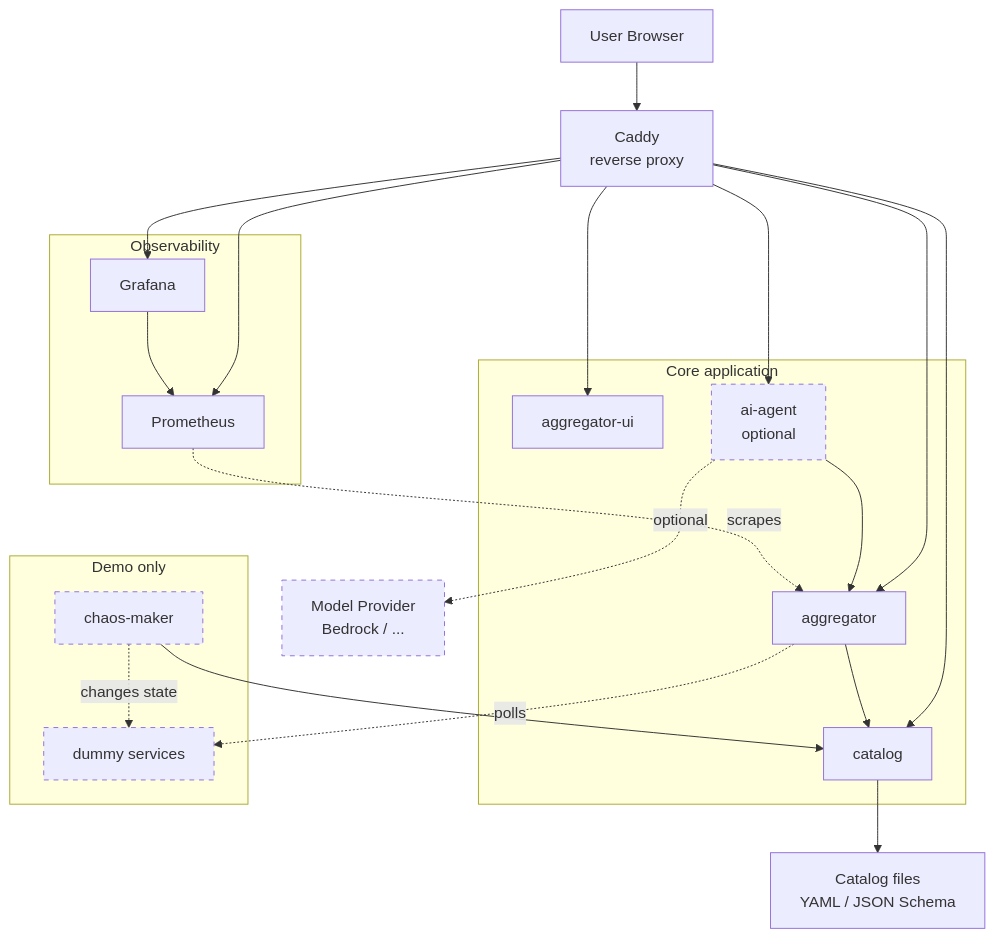
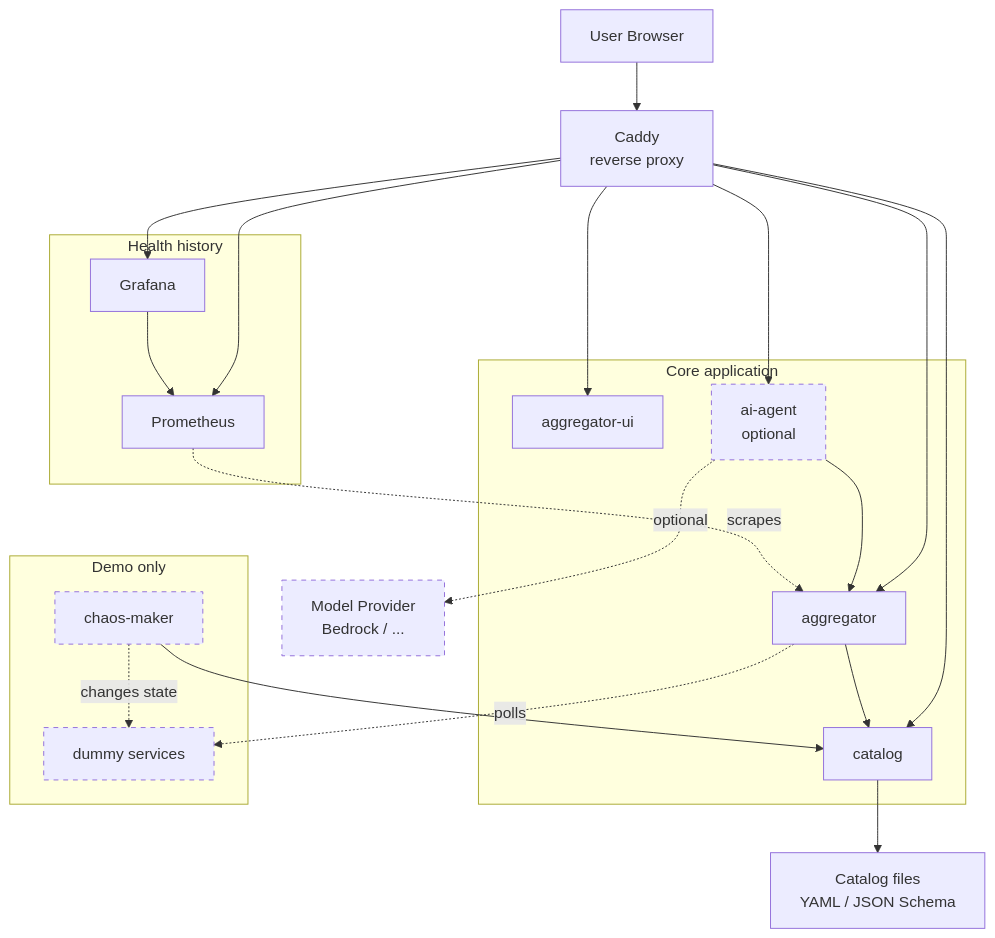
One commit to aleksei-sapozhnikov/aggregator changed the third of 3 diagrams in docs/services.md. Above: the diagram before and after it, drawn with Mermaid.

Commit message:
Rename observability group to health history

````diff
--- a/docs/services.md
+++ b/docs/services.md
@@ -62,47 +62,47 @@
 ```mermaid
 flowchart TB
   browser["User Browser"] --> proxy["Caddy<br>reverse proxy"]
 
   subgraph core["Core application"]
     ui["aggregator-ui"]
     catalog["catalog"]
     aggregator["aggregator"]
     agent["ai-agent<br>optional"]
   end
 
-  subgraph observability["Observability"]
+  subgraph observability["Health history"]
     prometheus["Prometheus"]
     grafana["Grafana"]
   end
 
   subgraph demo["Demo only"]
     chaos["chaos-maker"]
     dummy["dummy services"]
   end
 
   files["Catalog files<br>YAML / JSON Schema"]
   model["Model Provider<br>Bedrock / ..."]
 
   proxy --> ui
   proxy --> catalog
   proxy --> aggregator
   proxy --> agent
   proxy --> grafana
   proxy --> prometheus
 
   catalog --> files
   aggregator --> catalog
   aggregator -. polls .-> dummy
 
   agent --> aggregator
   agent -. optional .-> model
 
   prometheus -. scrapes .-> aggregator
   grafana --> prometheus
 
   chaos --> catalog
   chaos -. changes state .-> dummy
 
   classDef optional stroke-dasharray: 5 5
   class agent,model,chaos,dummy optional
 ```
````
